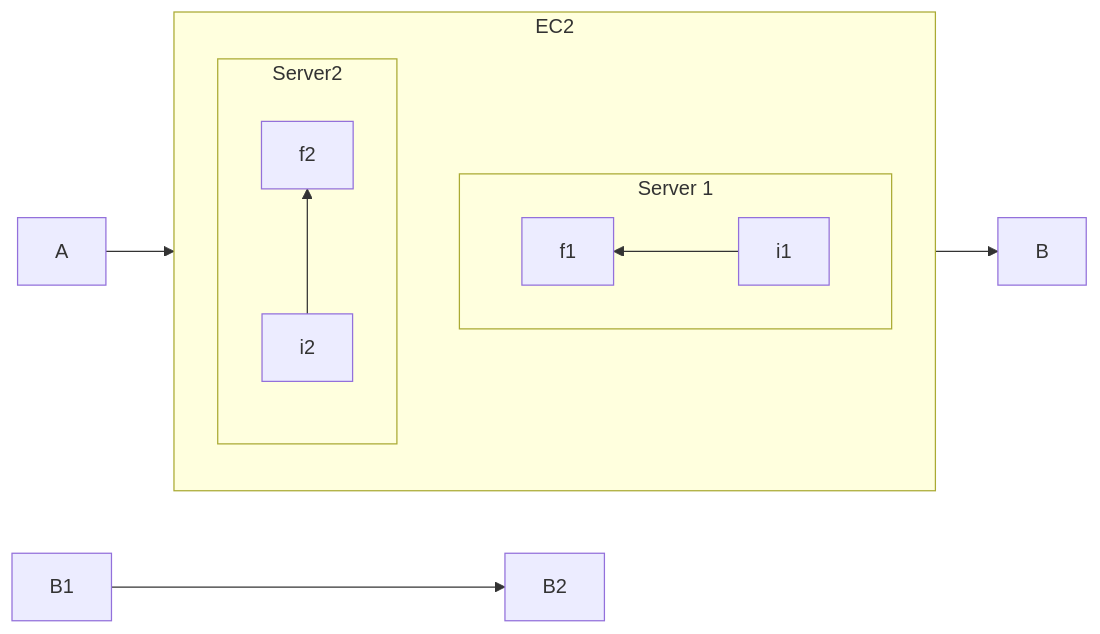
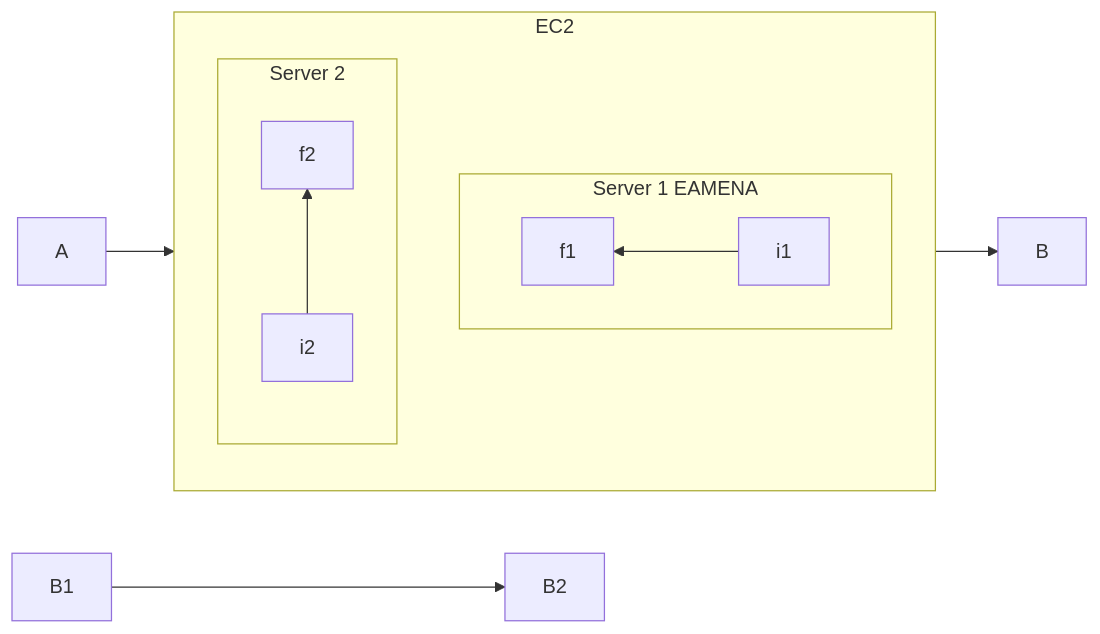
Before and after one commit to eamena-project/eamena-arches-dev: the second of 4 diagrams in dev/README.md, drawn with Mermaid.

Commit message:
views diagram

````diff
--- a/dev/README.md
+++ b/dev/README.md
@@ -23,16 +23,16 @@
 ```mermaid
 flowchart LR
   subgraph EC2
     direction TB
-    subgraph Server 1
+    subgraph Server 1 EAMENA
         direction RL
         i1 -->f1
     end
-    subgraph Server2
+    subgraph Server 2
         direction BT
         i2 -->f2
     end
   end
   A --> EC2 --> B
   B1 --> B2
 ```
````
